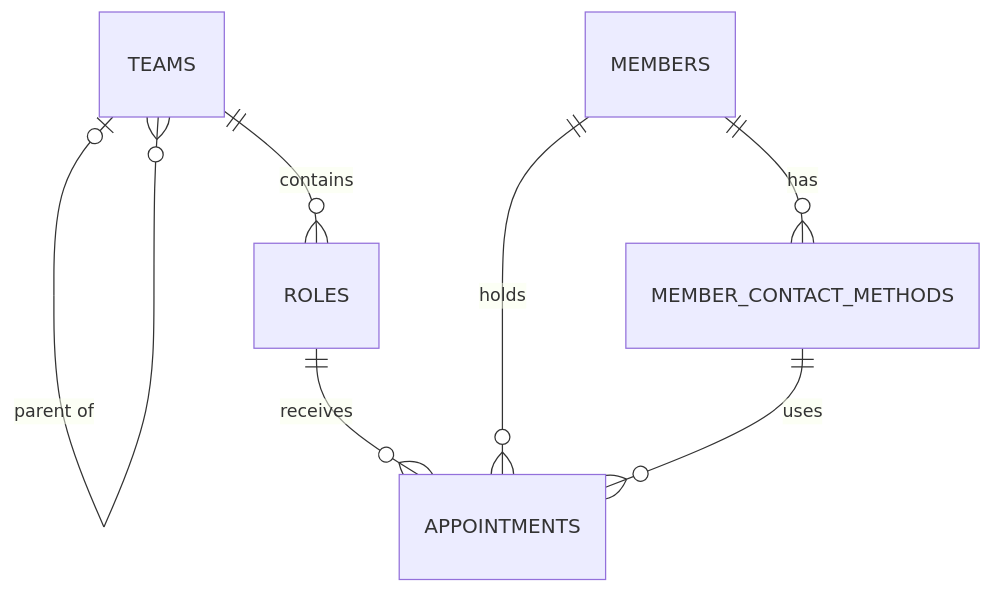
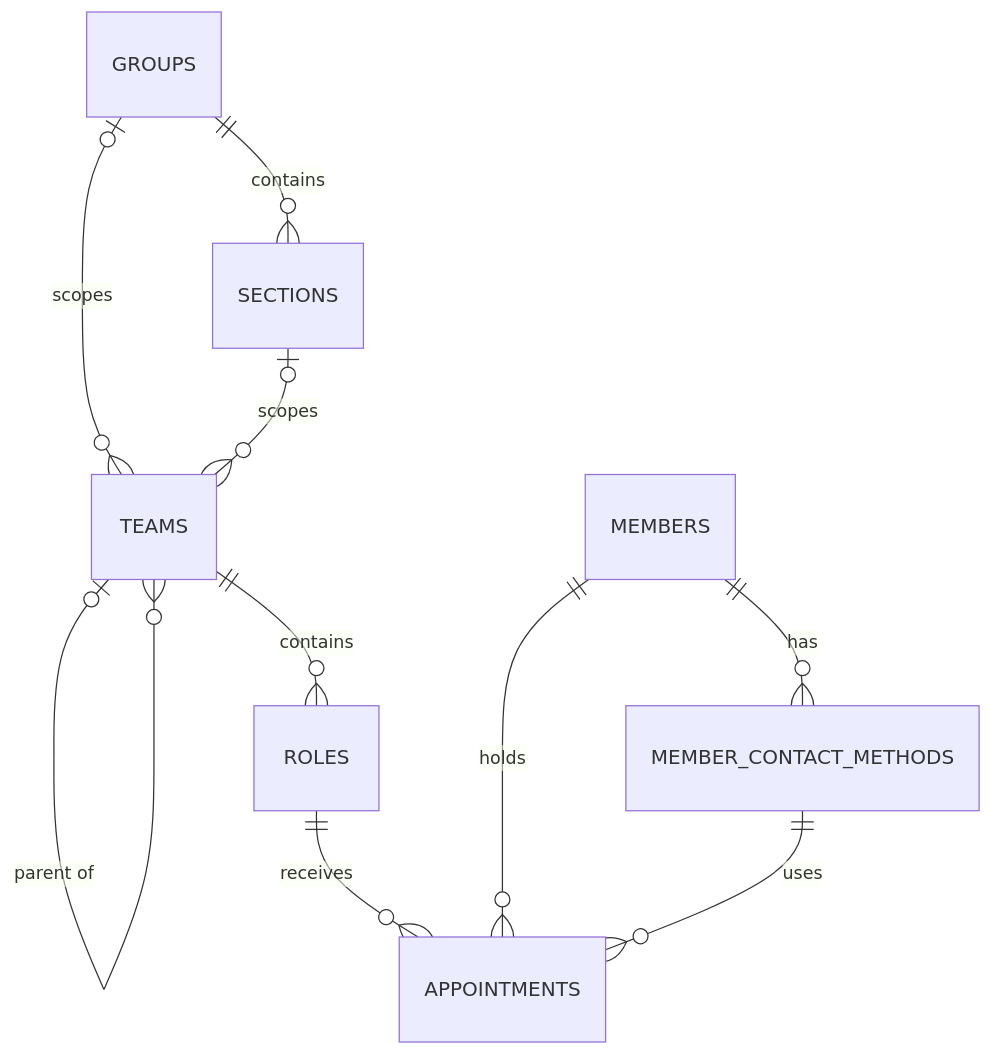
The diagram in DATA_SCHEMA.md (LBDistrictScouts/DistrictTeam), drawn with Mermaid before and after one commit. The commit also changed other lines of this file and 122 other files, not shown here.

````diff
--- a/DATA_SCHEMA.md
+++ b/DATA_SCHEMA.md
@@ -9,9 +9,12 @@
 ```mermaid
 erDiagram
+    GROUPS ||--o{ SECTIONS : contains
+    GROUPS o|--o{ TEAMS : scopes
+    SECTIONS o|--o{ TEAMS : scopes
     TEAMS o|--o{ TEAMS : "parent of"
     TEAMS ||--o{ ROLES : contains
     MEMBERS ||--o{ MEMBER_CONTACT_METHODS : has
     ROLES ||--o{ APPOINTMENTS : receives
     MEMBERS ||--o{ APPOINTMENTS : holds
     MEMBER_CONTACT_METHODS ||--o{ APPOINTMENTS : uses
 ```
````
